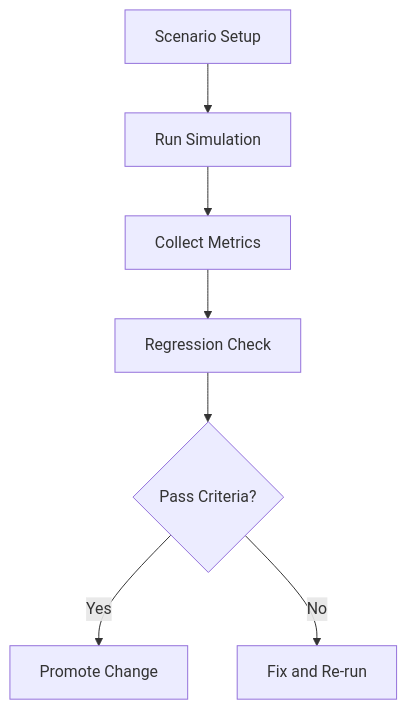
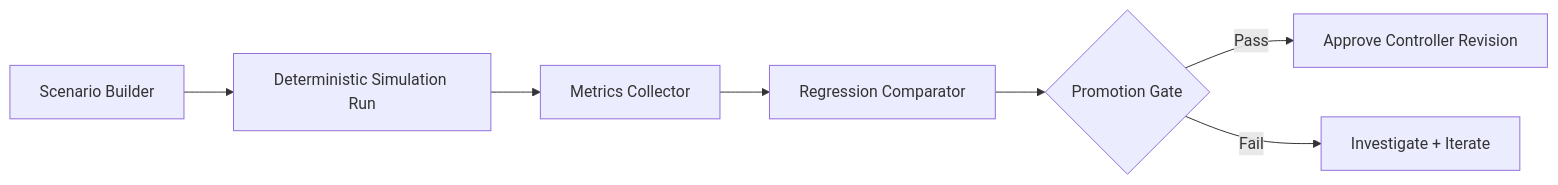
One commit to MariumAfzal2703/physical-ai-humanoid-robotics-textbook changed the diagram in docs/module-2-simulation/overview.mdx. Above: the diagram before and after it, drawn with Mermaid. The commit also changed other lines of this file and 22 other files, not shown here.

````diff
--- a/docs/module-2-simulation/overview.mdx
+++ b/docs/module-2-simulation/overview.mdx
@@ -19,9 +25,9 @@
 ```mermaid
-flowchart TD
-  A[Scenario Setup] --> B[Run Simulation]
-  B --> C[Collect Metrics]
-  C --> D[Regression Check]
-  D --> E{Pass Criteria?}
-  E -- Yes --> F[Promote Change]
-  E -- No --> G[Fix and Re-run]
+flowchart LR
+  A[Scenario Builder] --> B[Deterministic Simulation Run]
+  B --> C[Metrics Collector]
+  C --> D[Regression Comparator]
+  D --> E{Promotion Gate}
+  E -- Pass --> F[Approve Controller Revision]
+  E -- Fail --> G[Investigate + Iterate]
 ```
````
